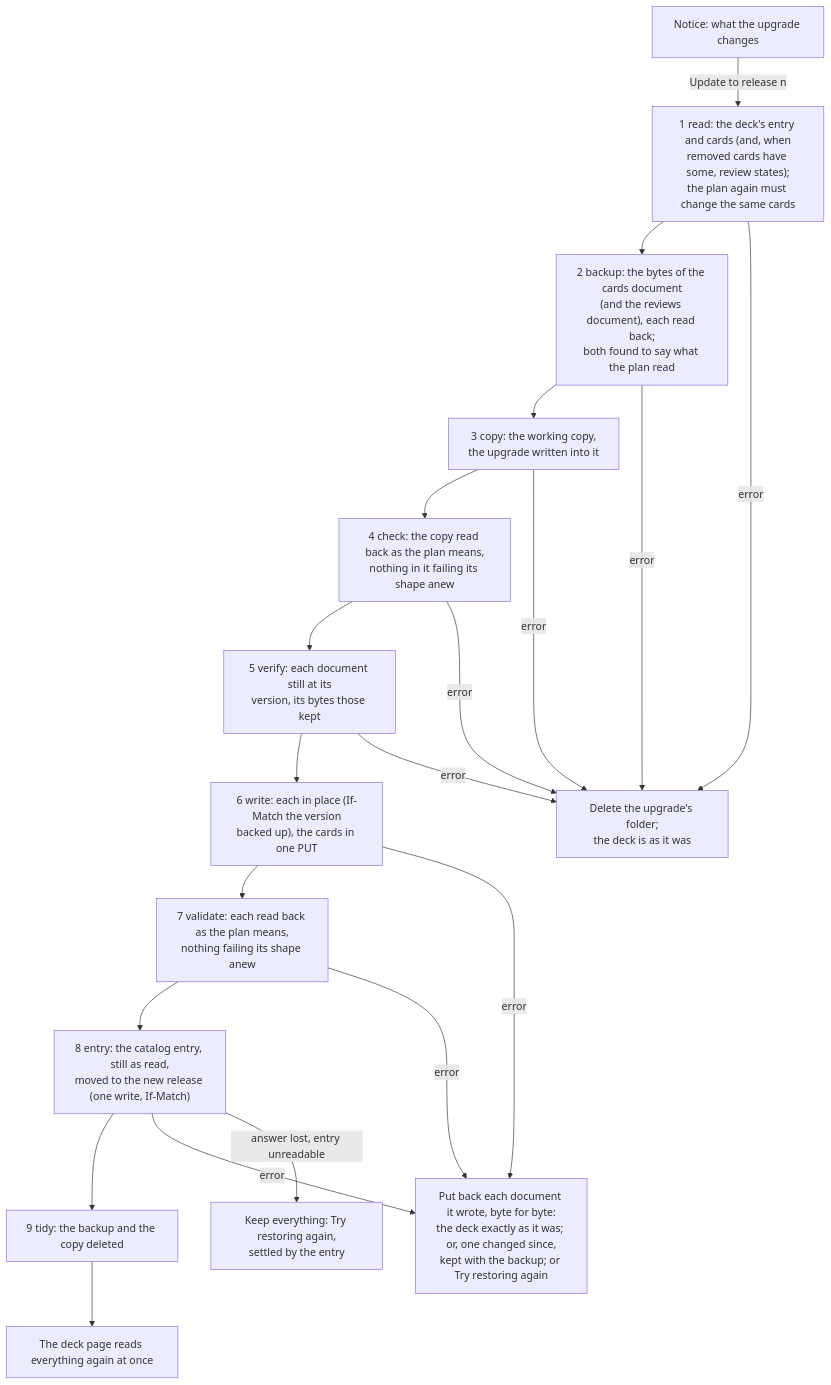
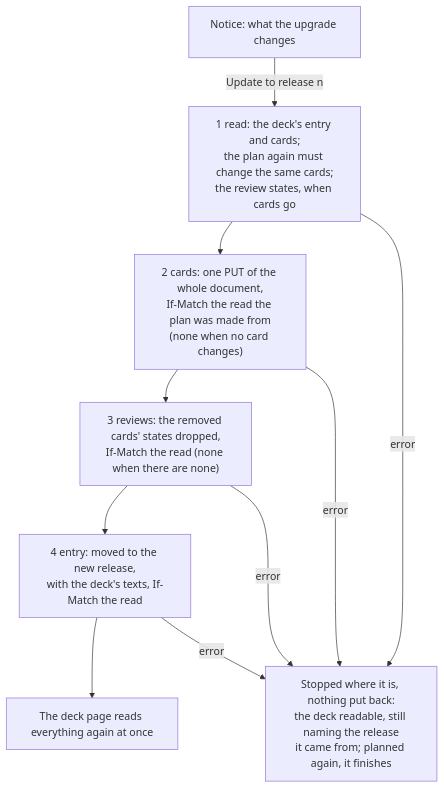
One commit to solid-memo/website changed the third of 3 diagrams in docs/migrations.md. Above: the diagram before and after it, drawn with Mermaid. The commit also changed other lines of this file and 91 other files, not shown here.

First line of the commit message:
Update an instance and upgrade a deck one document at a time

````diff
--- a/docs/migrations.md
+++ b/docs/migrations.md
@@ -824,16 +603,9 @@
 ```mermaid
 flowchart TD
-    offer["Notice: what the upgrade changes"] -->|Update to release n| read["1 read: the deck's entry and cards (and, when<br/>removed cards have some, review states);<br/>the plan again must change the same cards"]
-    read --> backup["2 backup: the bytes of the cards document<br/>(and the reviews document), each read back;<br/>both found to say what the plan read"]
-    backup --> copy["3 copy: the working copy,<br/>the upgrade written into it"]
-    copy --> check["4 check: the copy read back as the plan means,<br/>nothing in it failing its shape anew"]
-    check --> verify["5 verify: each document still at its<br/>version, its bytes those kept"]
-    verify --> write["6 write: each in place (If-Match the version<br/>backed up), the cards in one PUT"]
-    write --> validate["7 validate: each read back as the plan means,<br/>nothing failing its shape anew"]
-    validate --> entry["8 entry: the catalog entry, still as read,<br/>moved to the new release (one write, If-Match)"]
-    entry --> tidy["9 tidy: the backup and the copy deleted"]
-    tidy --> refresh["The deck page reads everything again at once"]
-    read & backup & copy & check & verify -->|error| none["Delete the upgrade's folder;<br/>the deck is as it was"]
-    write & validate & entry -->|error| undo["Put back each document it wrote, byte for byte:<br/>the deck exactly as it was; or, one changed since,<br/>kept with the backup; or Try restoring again"]
-    entry -->|answer lost, entry unreadable| keep["Keep everything: Try restoring again,<br/>settled by the entry"]
+    offer["Notice: what the upgrade changes"] -->|Update to release n| read["1 read: the deck's entry and cards;<br/>the plan again must change the same cards;<br/>the review states, when cards go"]
+    read --> cards["2 cards: one PUT of the whole document,<br/>If-Match the read the plan was made from<br/>(none when no card changes)"]
+    cards --> reviews["3 reviews: the removed cards' states dropped,<br/>If-Match the read (none when there are none)"]
+    reviews --> entry["4 entry: moved to the new release,<br/>with the deck's texts, If-Match the read"]
+    entry --> refresh["The deck page reads everything again at once"]
+    read & cards & reviews & entry -->|error| stop["Stopped where it is, nothing put back:<br/>the deck readable, still naming the release<br/>it came from; planned again, it finishes"]
 ```
````
